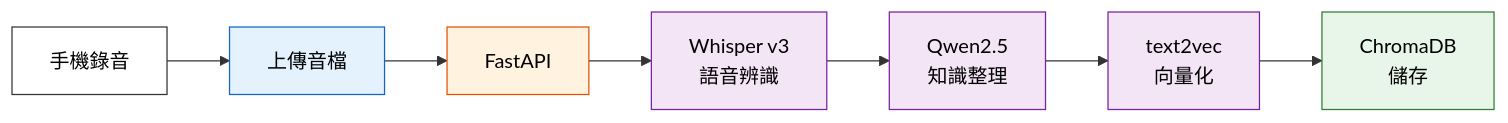
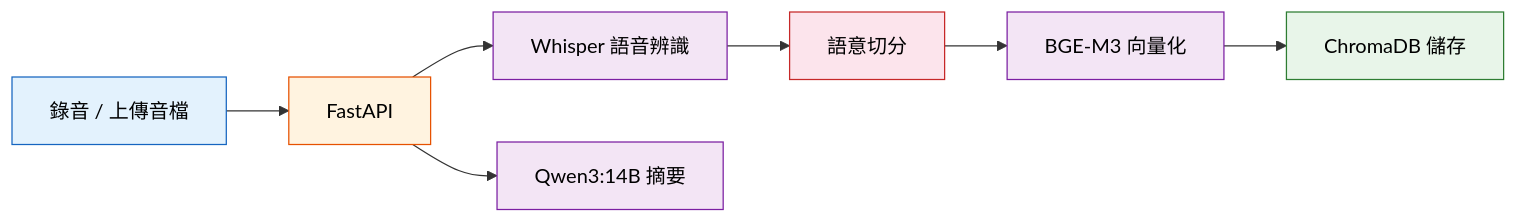
Before and after one commit to victorhi2005-lang/VoiceRAG: the first of 3 diagrams in README.md, drawn with Mermaid. The commit also changed other lines of this file, not shown here.

````diff
--- a/README.md
+++ b/README.md
@@ -167,17 +51,17 @@
 ```mermaid
 flowchart LR
-    A["手機錄音"] --> B["上傳音檔"]
-    B --> C["FastAPI"]
-    C --> D["Whisper v3\n語音辨識"]
-    D --> E["Qwen2.5\n知識整理"]
-    E --> F["text2vec\n向量化"]
-    F --> G["ChromaDB\n儲存"]
+    A["錄音 / 上傳音檔"] --> B["FastAPI"]
+    B --> C["Whisper 語音辨識"]
+    C --> D["語意切分"]
+    D --> E["BGE-M3 向量化"]
+    E --> F["ChromaDB 儲存"]
+    B --> G["Qwen3:14B 摘要"]
 
-    style A fill:#FFFFFF,stroke:#333,color:#000
-    style B fill:#E3F2FD,stroke:#1565C0,color:#000
-    style C fill:#FFF3E0,stroke:#E65100,color:#000
-    style D fill:#F3E5F5,stroke:#7B1FA2,color:#000
+    style A fill:#E3F2FD,stroke:#1565C0,color:#000
+    style B fill:#FFF3E0,stroke:#E65100,color:#000
+    style C fill:#F3E5F5,stroke:#7B1FA2,color:#000
+    style D fill:#FCE4EC,stroke:#C62828,color:#000
     style E fill:#F3E5F5,stroke:#7B1FA2,color:#000
-    style F fill:#F3E5F5,stroke:#7B1FA2,color:#000
-    style G fill:#E8F5E9,stroke:#2E7D32,color:#000
+    style F fill:#E8F5E9,stroke:#2E7D32,color:#000
+    style G fill:#F3E5F5,stroke:#7B1FA2,color:#000
 ```
````
